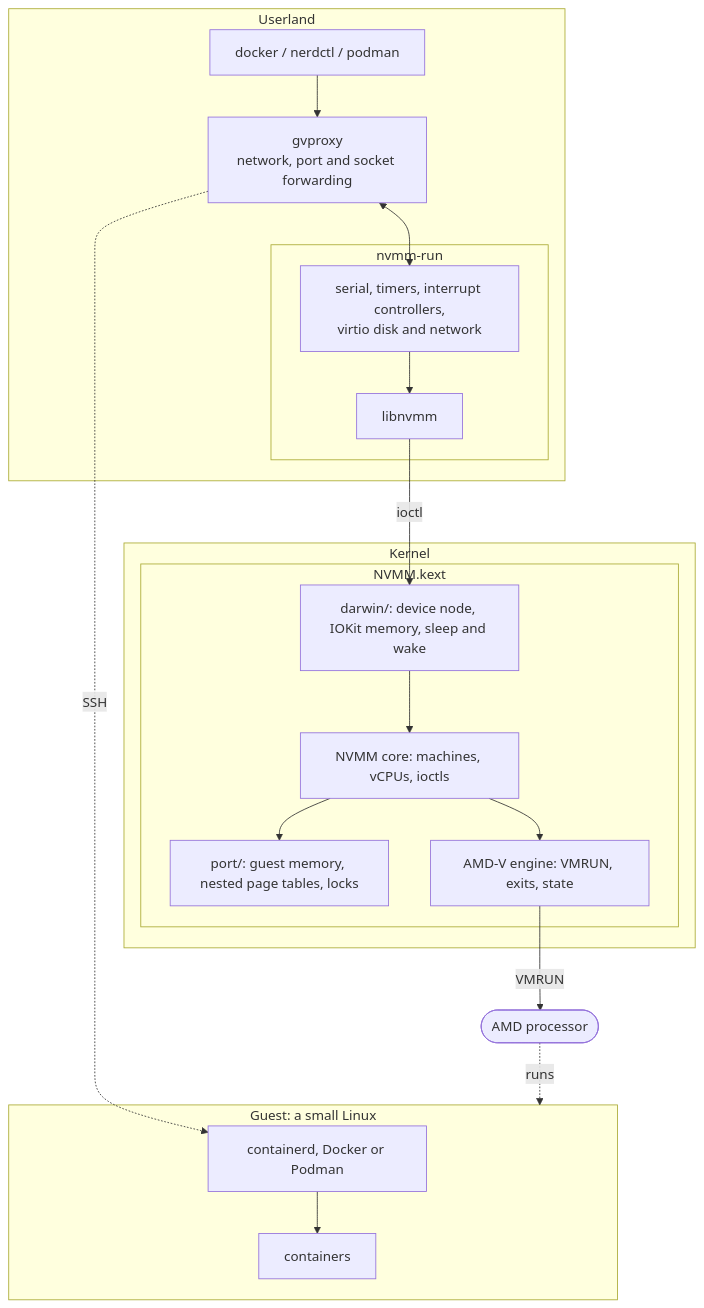
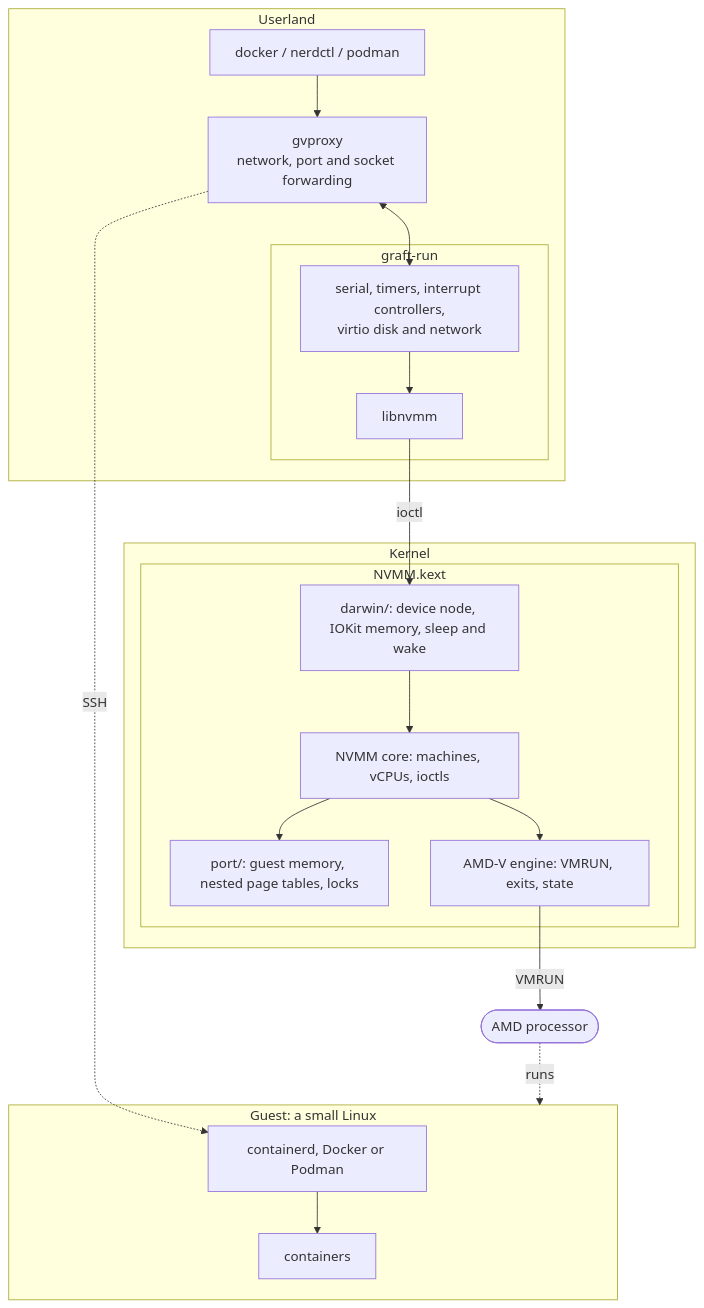
The third of 6 diagrams in README.md (milouk/graft), drawn with Mermaid before and after one commit. The commit also changed other lines of this file and 8 other files, not shown here.

Commit message:
Rename the VMM to graft-run, and the image's files, key and hostname with it

````diff
--- a/README.md
+++ b/README.md
@@ -61,38 +61,38 @@
 ```mermaid
 flowchart TB
     subgraph user["Userland"]
         cli["docker / nerdctl / podman"]
         gv["gvproxy<br/>network, port and socket forwarding"]
-        subgraph vmm["nvmm-run"]
+        subgraph vmm["graft-run"]
             dev["serial, timers, interrupt controllers,<br/>virtio disk and network"]
             lib["libnvmm"]
         end
     end
 
     subgraph kernel["Kernel"]
         subgraph kext["NVMM.kext"]
             glue["darwin/: device node, IOKit memory, sleep and wake"]
             port["port/: guest memory, nested page tables, locks"]
             core["NVMM core: machines, vCPUs, ioctls"]
             svm["AMD-V engine: VMRUN, exits, state"]
         end
     end
 
     subgraph guest["Guest: a small Linux"]
         rt["containerd, Docker or Podman"]
         ctr["containers"]
     end
 
     cpu(["AMD processor"])
 
     cli --> gv
     gv <--> dev
     dev --> lib
     lib -- "ioctl" --> glue
     glue --> core --> svm
     core --> port
     svm -- "VMRUN" --> cpu
     cpu -. "runs" .-> guest
     gv -. "SSH" .-> rt
     rt --> ctr
 ```
````
